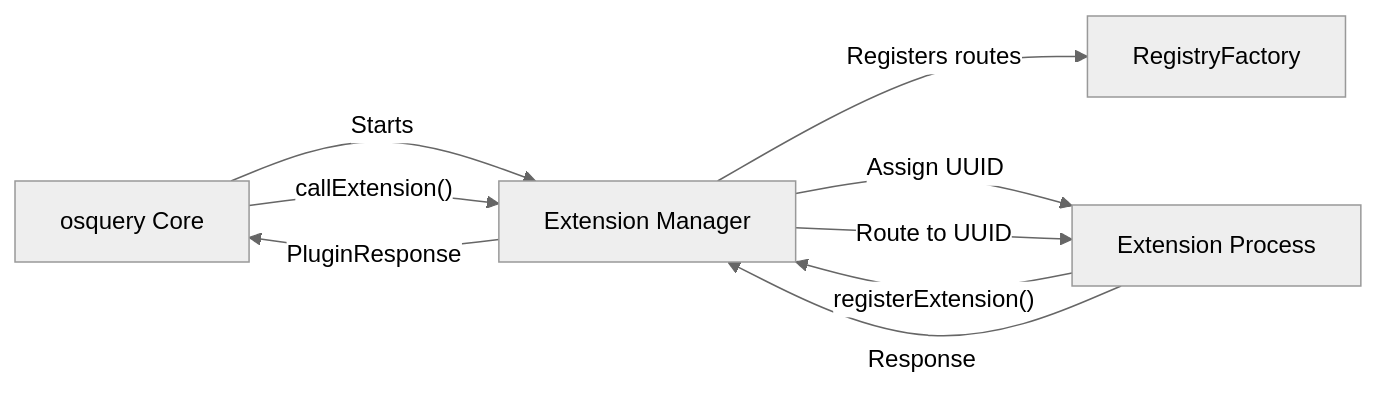
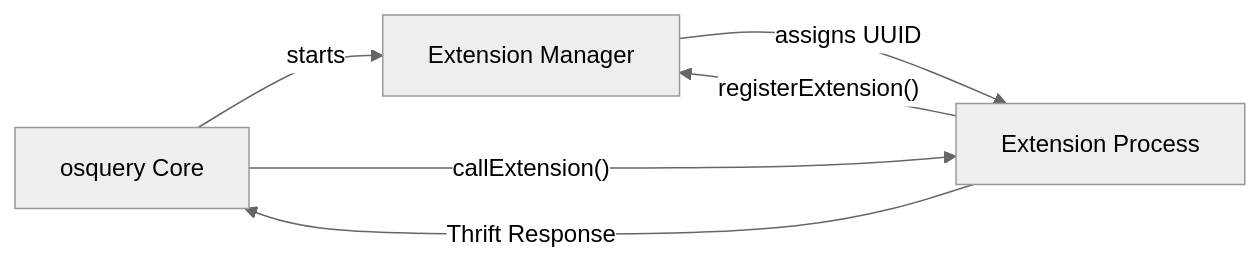
One commit to flamingo-stack/osquery changed the first of 6 diagrams in docs/reference/architecture/extensions-and-ipc/extensions-and-ipc.md. Above: the diagram before and after it, drawn with Mermaid (neutral theme). The commit also changed other lines of this file and 388 other files, not shown here.

````diff
--- a/docs/reference/architecture/extensions-and-ipc/extensions-and-ipc.md
+++ b/docs/reference/architecture/extensions-and-ipc/extensions-and-ipc.md
@@ -44,14 +29,8 @@
 ```mermaid
 flowchart LR
-    Core["osquery Core"] -->|"Starts"| Manager["Extension Manager"]
-    Manager -->|"Registers routes"| Registry["RegistryFactory"]
-
+    Core["osquery Core"] -->|"starts"| Manager["Extension Manager"]
     ExtensionProc["Extension Process"] -->|"registerExtension()"| Manager
-    Manager -->|"Assign UUID"| ExtensionProc
-
-    Core -->|"callExtension()"| Manager
-    Manager -->|"Route to UUID"| ExtensionProc
-
-    ExtensionProc -->|"Response"| Manager
-    Manager -->|"PluginResponse"| Core
+    Manager -->|"assigns UUID"| ExtensionProc
+    Core -->|"callExtension()"| ExtensionProc
+    ExtensionProc -->|"Thrift Response"| Core
 ```
````
